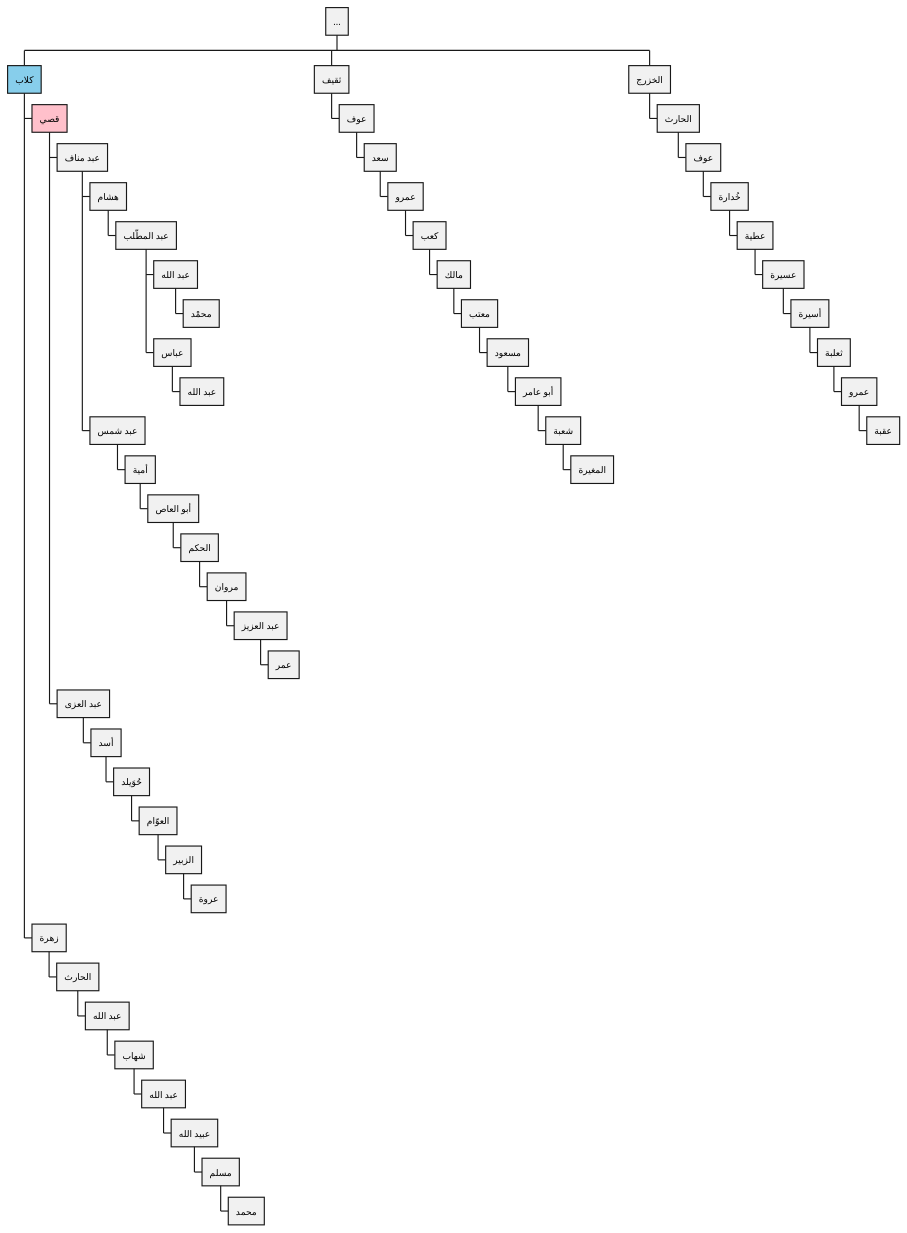
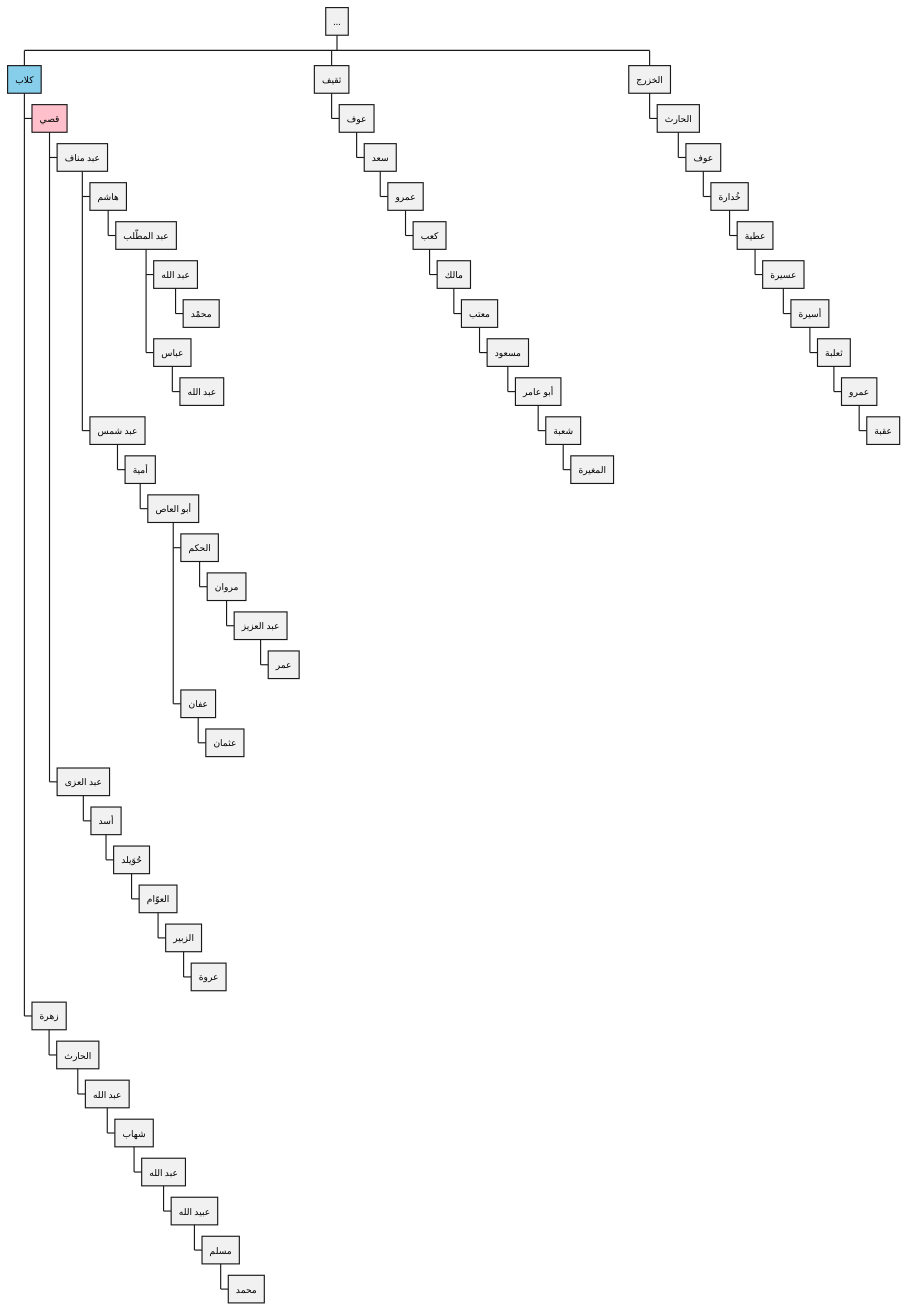
The diagram in تراجم/أنساب.puml (aowss/al-muwatta), drawn with PlantUML before and after one commit. The commit also changed 9 other files, not shown here.

```diff
--- a/تراجم/أنساب.puml
+++ b/تراجم/أنساب.puml
@@ -1,70 +1,74 @@
 @startwbs
 
 skinparam defaultFontName Helvetica
 skinparam DefaultTextAlignment right
 
 * ...
 
 **[#SkyBlue] كلاب
 
 ***[#pink] قصي
 
 **** عبد مناف
 
-***** هشام
+***** هاشم
 ****** عبد المطّلب
 
 ******* عبد الله
 ******** محمْد
 
 ******* عباس
 ******** عبد الله
 
 ***** عبد شمس
 ****** أمية
 ******* أبو العاص
+
 ******** الحكم
 ********* مروان
 ********** عبد العزيز
 *********** عمر
+
+******** عفان
+********* عثمان
 
 **** عبد العزى
 ***** أسد
 ****** خُوَيلد
 ******* العوّام
 ******** الزبير
 ********* عروة
 
 *** زهرة
 **** الحارث
 ***** عبد الله
 ****** شهاب
 ******* عبد الله
 ******** عبيد الله
 ********* مسلم
 ********** محمد
 
 ** ثقيف
 *** عوف
 **** سعد
 ***** عمرو
 ****** كعب
 ******* مالك
 ******** معتب
 ********* مسعود
 ********** أبو عامر
 *********** شعبة
 ************ المغيرة
 
 ** الخزرج
 *** الحارث
 **** عوف
 ***** خُدارة
 ****** عطية
 ******* عسيرة
 ******** أسيرة
 ********* ثعلبة
 ********** عمرو
 *********** عقبة
 
 @endwbs
```
